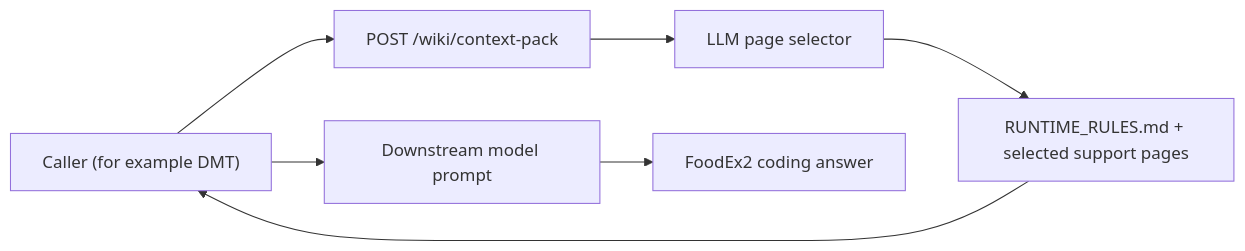
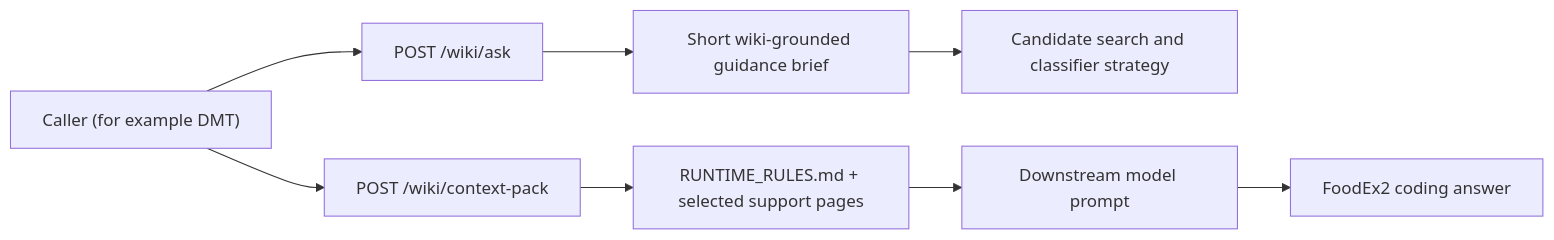
The first of 2 diagrams in README.md (Chili36/Foodex2_Wiki), drawn with Mermaid before and after one commit. The commit also changed other lines of this file and 6 other files, not shown here.

Commit message:
Document wiki guidance and page-evidence modes

````diff
--- a/README.md
+++ b/README.md
@@ -94,9 +92,10 @@
 ```mermaid
 flowchart LR
-    A["Caller (for example DMT)"] --> B["POST /wiki/context-pack"]
-    B --> C["LLM page selector"]
-    C --> D["RUNTIME_RULES.md + selected support pages"]
-    D --> A
-    A --> E["Downstream model prompt"]
-    E --> F["FoodEx2 coding answer"]
+    A["Caller (for example DMT)"] --> B["POST /wiki/ask"]
+    B --> C["Short wiki-grounded guidance brief"]
+    C --> D["Candidate search and classifier strategy"]
+    A --> E["POST /wiki/context-pack"]
+    E --> F["RUNTIME_RULES.md + selected support pages"]
+    F --> G["Downstream model prompt"]
+    G --> H["FoodEx2 coding answer"]
 ```
````
